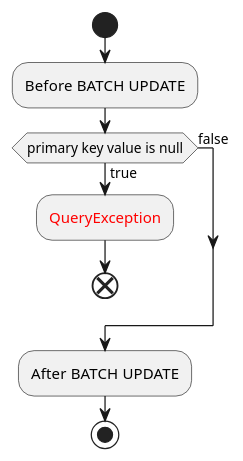
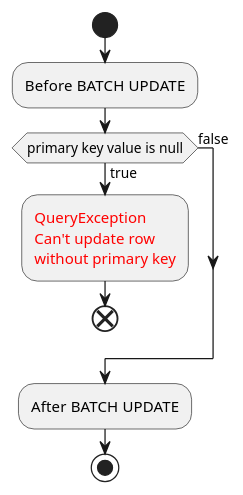
One commit to urosjarc/db-messiah changed the diagram in specs/queries/BATCH_UPDATE.puml. Above: the diagram before and after it, drawn with PlantUML. The commit also changed 13 other files, not shown here.

```diff
--- a/specs/queries/BATCH_UPDATE.puml
+++ b/specs/queries/BATCH_UPDATE.puml
@@ -1,15 +1,17 @@
 @startuml
 start
 
 :Before BATCH UPDATE;
 
 if (primary key value is null) then(true)
-    :<color:red>QueryException;
+    :<color:red>QueryException
+    <color:red>Can't update row
+    <color:red>without primary key;
     end
 else (false)
 endif
 
 :After BATCH UPDATE;
 
 stop
 @enduml
```
